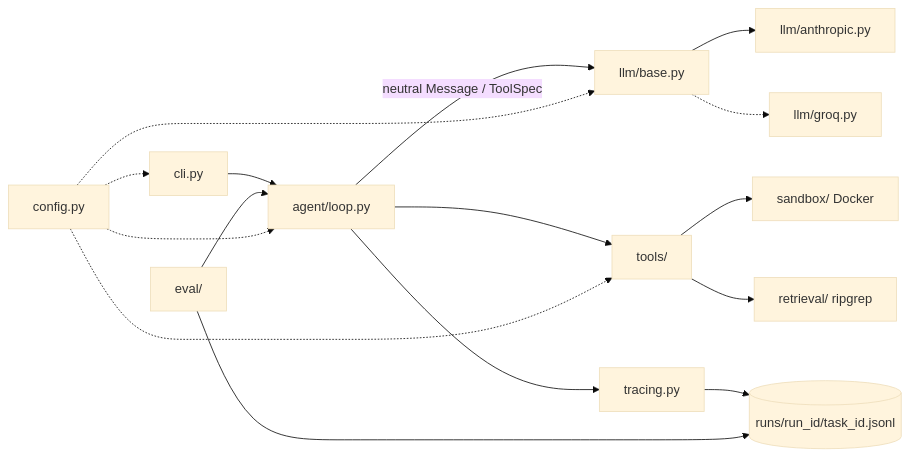
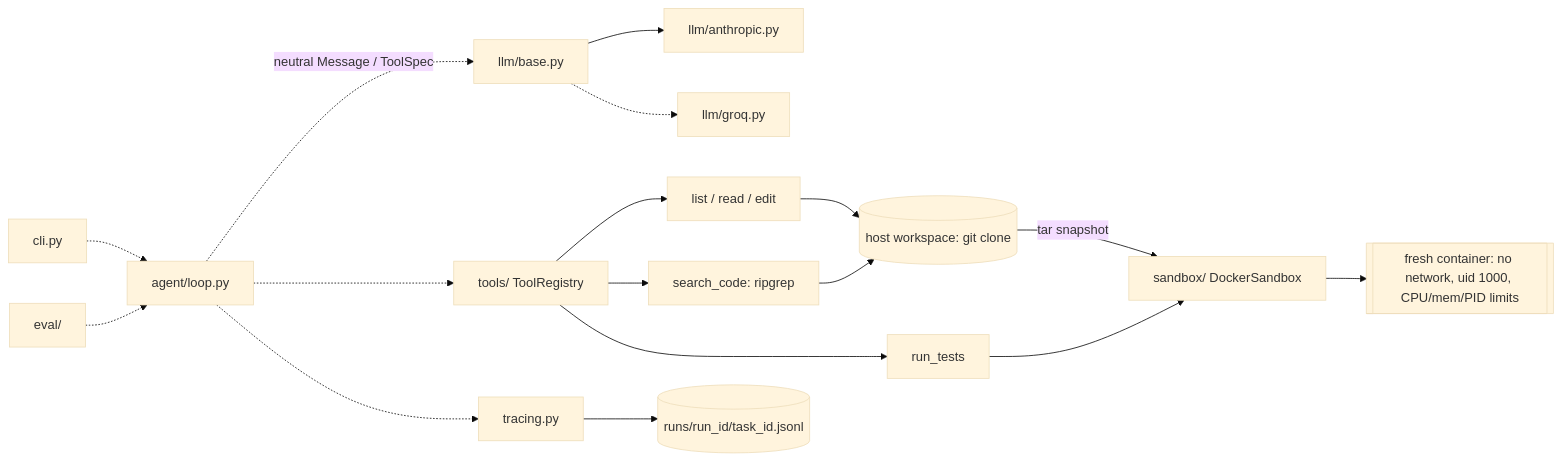
Before and after one commit to Gokuls007/agentic-code-repair: the diagram in README.md, drawn with Mermaid (base theme). The commit also changed other lines of this file and 32 other files, not shown here.

First line of the commit message:
Phase 2: Docker sandbox and agent tools

````diff
--- a/README.md
+++ b/README.md
@@ -39,15 +43,18 @@
 ```mermaid
 flowchart LR
-    CLI[cli.py] --> Loop[agent/loop.py]
-    Loop -->|neutral Message / ToolSpec| LLM[llm/base.py]
+    CLI[cli.py] -.-> Loop[agent/loop.py]
+    Loop -.->|neutral Message / ToolSpec| LLM[llm/base.py]
     LLM --> A[llm/anthropic.py]
     LLM -.-> G[llm/groq.py]
-    Loop --> Tools[tools/]
-    Tools --> Sandbox[sandbox/ Docker]
-    Tools --> Retrieval[retrieval/ ripgrep]
-    Loop --> Trace[tracing.py]
+    Loop -.-> Reg[tools/ ToolRegistry]
+    Reg --> FT[list / read / edit]
+    Reg --> S[search_code: ripgrep]
+    Reg --> RT[run_tests]
+    FT & S --> WS[(host workspace: git clone)]
+    RT --> SB[sandbox/ DockerSandbox]
+    WS -->|tar snapshot| SB
+    SB --> C[[fresh container: no network, uid 1000, CPU/mem/PID limits]]
+    Loop -.-> Trace[tracing.py]
     Trace --> Runs[(runs/run_id/task_id.jsonl)]
-    Eval[eval/] --> Loop
-    Eval --> Runs
-    Config[config.py] -.-> CLI & Loop & LLM & Tools
+    Eval[eval/] -.-> Loop
 ```
````
